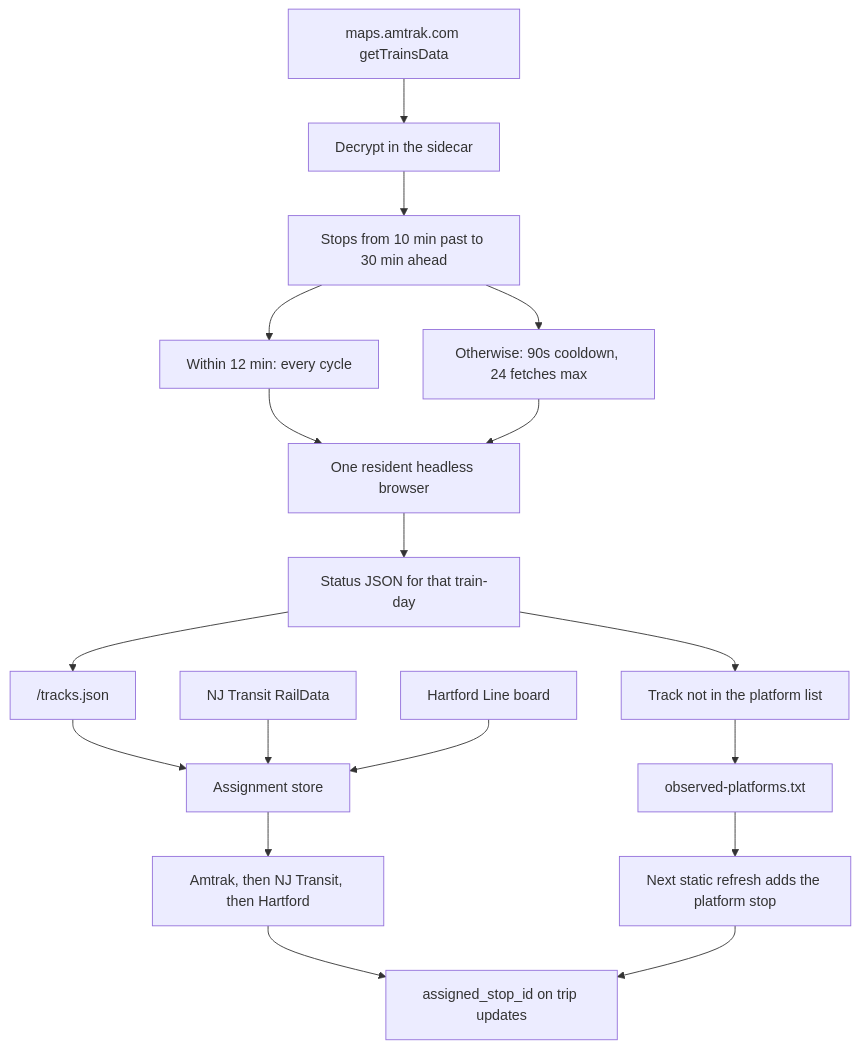
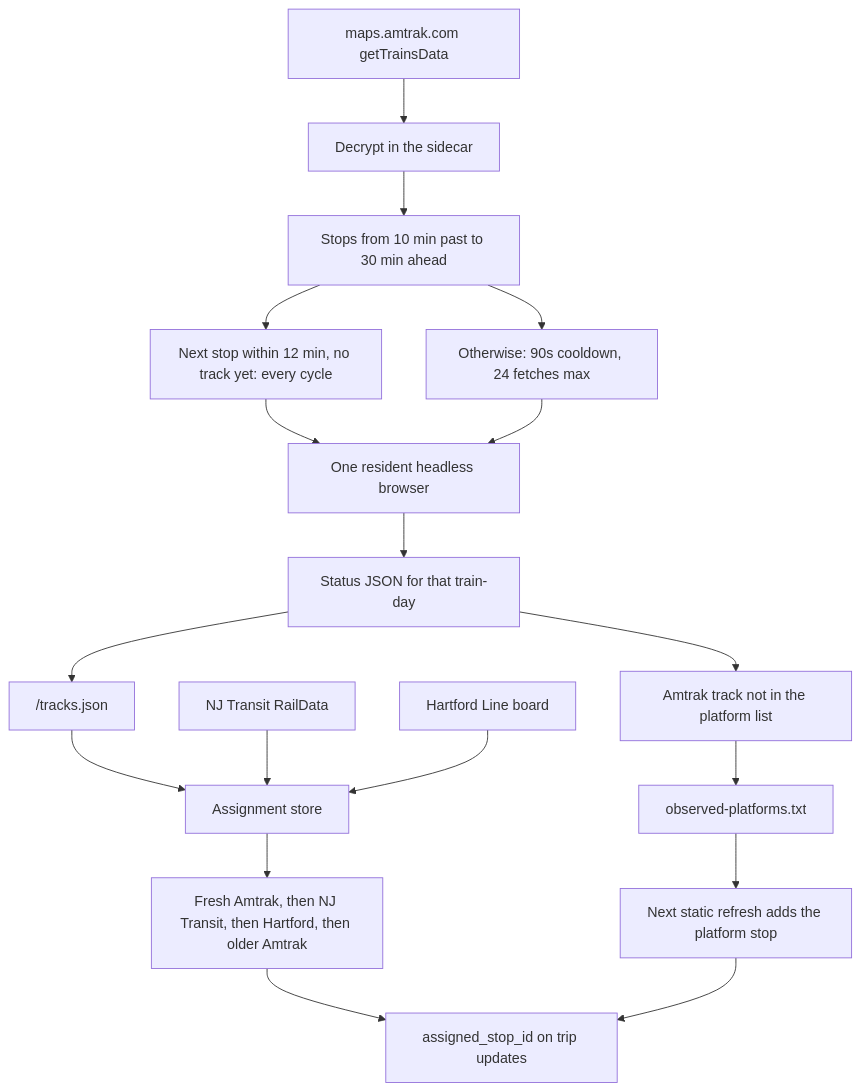
One commit to sohampatwardhan/Amtrak-GTFS-RT changed the third of 3 diagrams in README.md. Above: the diagram before and after it, drawn with Mermaid. The commit also changed other lines of this file and 23 other files, not shown here.

````diff
--- a/README.md
+++ b/README.md
@@ -493,20 +506,20 @@
 ```mermaid
 flowchart TD
   maps["maps.amtrak.com getTrainsData"] --> dec["Decrypt in the sidecar"]
   dec --> win["Stops from 10 min past to 30 min ahead"]
-  win --> hot["Within 12 min: every cycle"]
+  win --> hot["Next stop within 12 min, no track yet: every cycle"]
   win --> outer["Otherwise: 90s cooldown, 24 fetches max"]
   hot --> browser["One resident headless browser"]
   outer --> browser
   browser --> status["Status JSON for that train-day"]
   status --> snap["/tracks.json"]
   snap --> store["Assignment store"]
   njt["NJ Transit RailData"] --> store
   hart["Hartford Line board"] --> store
-  store --> rank["Amtrak, then NJ Transit, then Hartford"]
+  store --> rank["Fresh Amtrak, then NJ Transit, then Hartford, then older Amtrak"]
   rank --> stamp["assigned_stop_id on trip updates"]
-  status --> seen["Track not in the platform list"]
+  status --> seen["Amtrak track not in the platform list"]
   seen --> file["observed-platforms.txt"]
   file --> static["Next static refresh adds the platform stop"]
   static --> stamp
 ```
````
